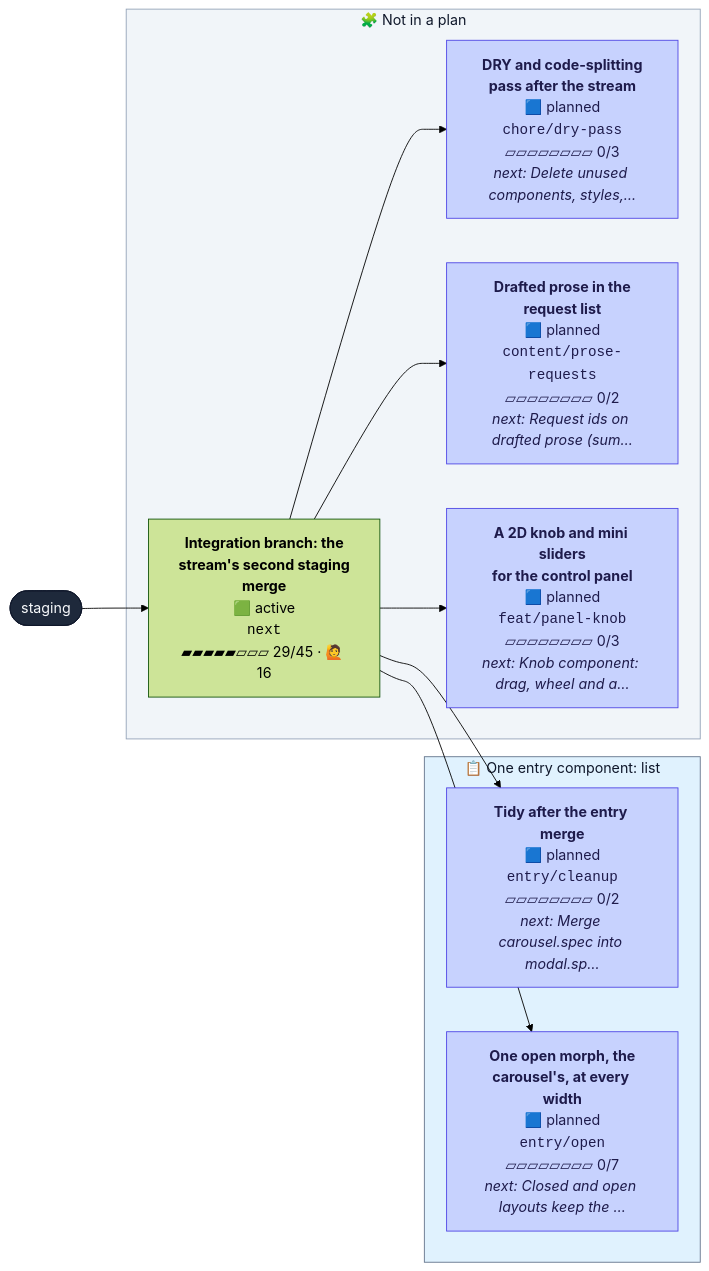
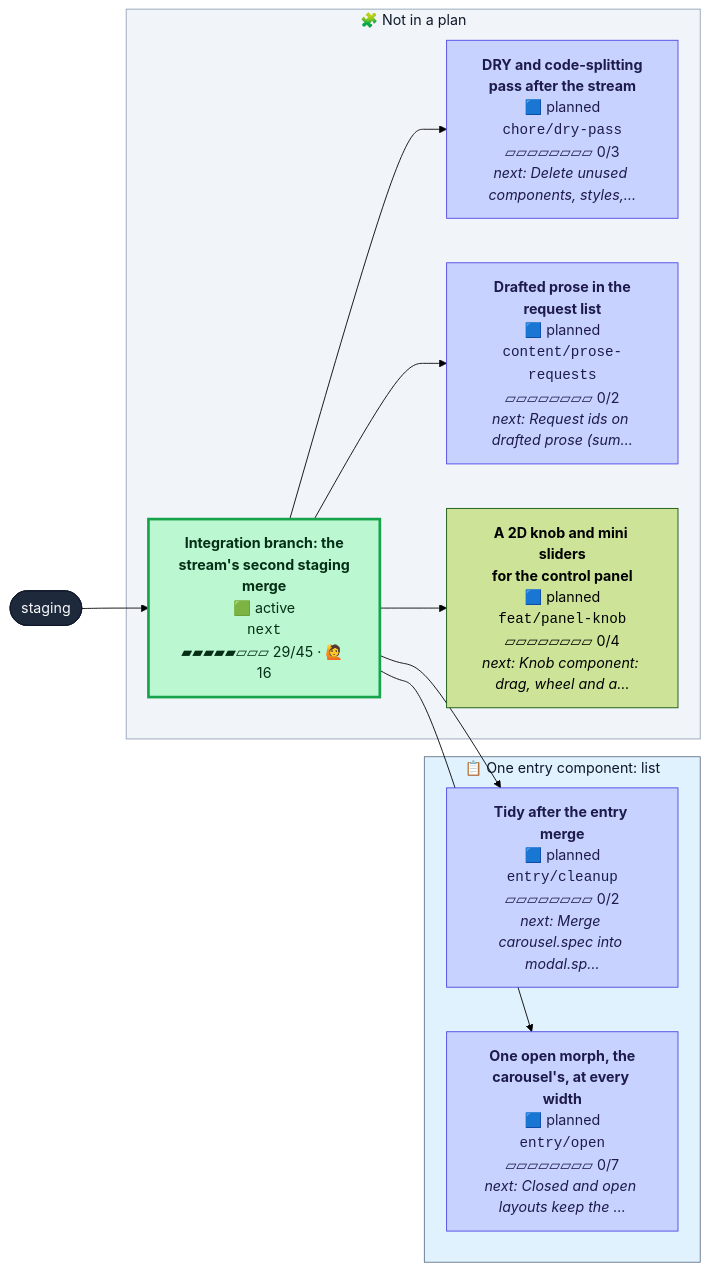
The second of 2 diagrams in CONTRIBUTING.md (henryjonescodes/portfolio), drawn with Mermaid (forest theme) before and after one commit. The commit also changed other lines of this file, not shown here.

````diff
--- a/CONTRIBUTING.md
+++ b/CONTRIBUTING.md
@@ -54,38 +54,38 @@
 ```mermaid
 flowchart LR
   n_staging([staging])
   class n_staging trunk
   subgraph plan_0["📋 One entry component: list"]
     n_entry_cleanup["<b>Tidy after the entry merge</b><br/>🟦 planned<br/><code>entry/cleanup</code><br/>▱▱▱▱▱▱▱▱ 0/2<br/><i>next: Merge carousel.spec into modal.sp…</i>"]
     class n_entry_cleanup planned
     n_entry_open["<b>One open morph, the<br/>carousel's, at every width</b><br/>🟦 planned<br/><code>entry/open</code><br/>▱▱▱▱▱▱▱▱ 0/7<br/><i>next: Closed and open layouts keep the …</i>"]
     class n_entry_open planned
   end
   style plan_0 fill:#e0f2fe,stroke:#64748b,color:#0f172a
   subgraph loose["🧩 Not in a plan"]
     n_chore_dry_pass["<b>DRY and code-splitting<br/>pass after the stream</b><br/>🟦 planned<br/><code>chore/dry-pass</code><br/>▱▱▱▱▱▱▱▱ 0/3<br/><i>next: Delete unused components, styles,…</i>"]
     class n_chore_dry_pass planned
     n_content_prose_requests["<b>Drafted prose in the<br/>request list</b><br/>🟦 planned<br/><code>content/prose-requests</code><br/>▱▱▱▱▱▱▱▱ 0/2<br/><i>next: Request ids on drafted prose (sum…</i>"]
     class n_content_prose_requests planned
-    n_feat_panel_knob["<b>A 2D knob and mini sliders<br/>for the control panel</b><br/>🟦 planned<br/><code>feat/panel-knob</code><br/>▱▱▱▱▱▱▱▱ 0/3<br/><i>next: Knob component: drag, wheel and a…</i>"]
-    class n_feat_panel_knob planned
+    n_feat_panel_knob["<b>A 2D knob and mini sliders<br/>for the control panel</b><br/>🟦 planned<br/><code>feat/panel-knob</code><br/>▱▱▱▱▱▱▱▱ 0/4<br/><i>next: Knob component: drag, wheel and a…</i>"]
+    class n_feat_panel_knob planned,current
     n_next["<b>Integration branch: the<br/>stream's second staging<br/>merge</b><br/>🟩 active<br/><code>next</code><br/>▰▰▰▰▰▱▱▱ 29/45 · 🙋 16"]
-    class n_next active,current
+    class n_next active
   end
   style loose fill:#f1f5f9,stroke:#94a3b8,color:#0f172a
   n_next --> n_chore_dry_pass
   n_next --> n_content_prose_requests
   n_next --> n_entry_cleanup
   n_next --> n_entry_open
   n_next --> n_feat_panel_knob
   n_staging --> n_next
   classDef merged fill:#dcfce7,stroke:#16a34a,color:#052e16
   classDef todo fill:#ffffff,stroke:#94a3b8,stroke-dasharray:2 2,color:#334155
   classDef planned fill:#c7d2fe,stroke:#4f46e5,color:#1e1b4b
   classDef sketched fill:#f8fafc,stroke:#64748b,stroke-dasharray:4 3,color:#334155
   classDef active fill:#bbf7d0,stroke:#16a34a,stroke-width:3px,color:#052e16
   classDef review fill:#fde68a,stroke:#d97706,stroke-width:3px,color:#451a03
   classDef blocked fill:#fecaca,stroke:#dc2626,stroke-width:3px,color:#450a0a
   classDef trunk fill:#1e293b,stroke:#0f172a,color:#f8fafc
   classDef current stroke:#0ea5e9,stroke-width:5px
 ```
````
